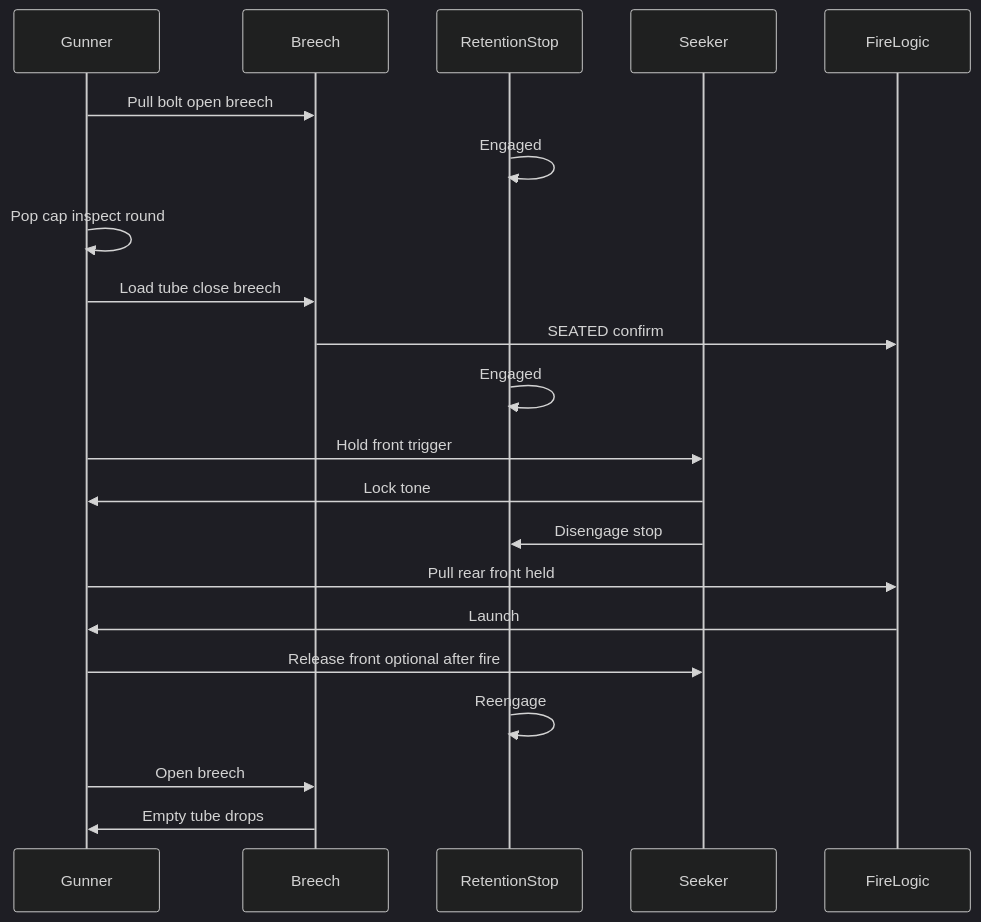
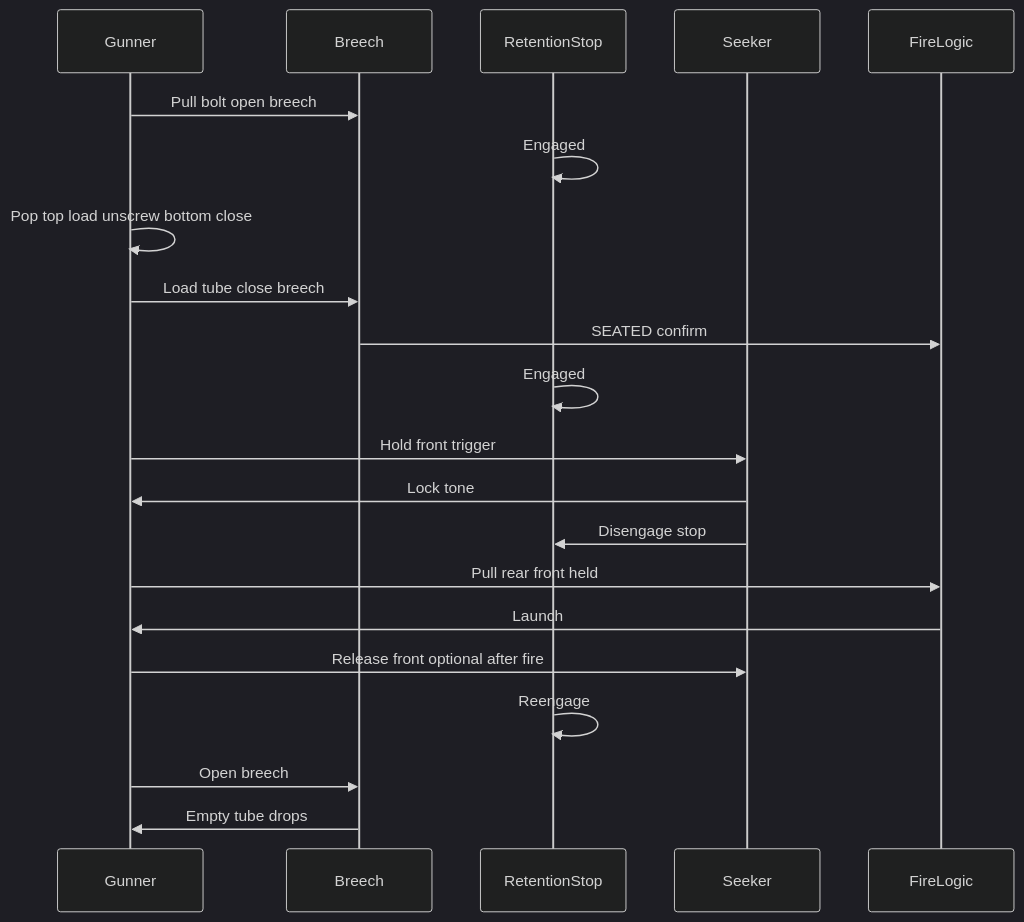
Before and after one commit to FratresMedAI/RADR-mk.60: the fifth of 5 diagrams in annexes/F-employment-and-breech.md, drawn with Mermaid (dark theme). The commit also changed other lines of this file and 22 other files, not shown here.

First line of the commit message:
Lock range envelope, tank-shell load sequence, and rocket CAD spec.

````diff
--- a/annexes/F-employment-and-breech.md
+++ b/annexes/F-employment-and-breech.md
@@ -494,24 +509,24 @@
 ```mermaid
 sequenceDiagram
   participant G as Gunner
   participant B as Breech
   participant RS as RetentionStop
   participant S as Seeker
   participant F as FireLogic
 
   G->>B: Pull bolt open breech
   RS->>RS: Engaged
-  G->>G: Pop cap inspect round
+  G->>G: Pop top load unscrew bottom close
   G->>B: Load tube close breech
   B->>F: SEATED confirm
   RS->>RS: Engaged
   G->>S: Hold front trigger
   S->>G: Lock tone
   S->>RS: Disengage stop
   G->>F: Pull rear front held
   F->>G: Launch
   G->>S: Release front optional after fire
   RS->>RS: Reengage
   G->>B: Open breech
   B->>G: Empty tube drops
 ```
````
